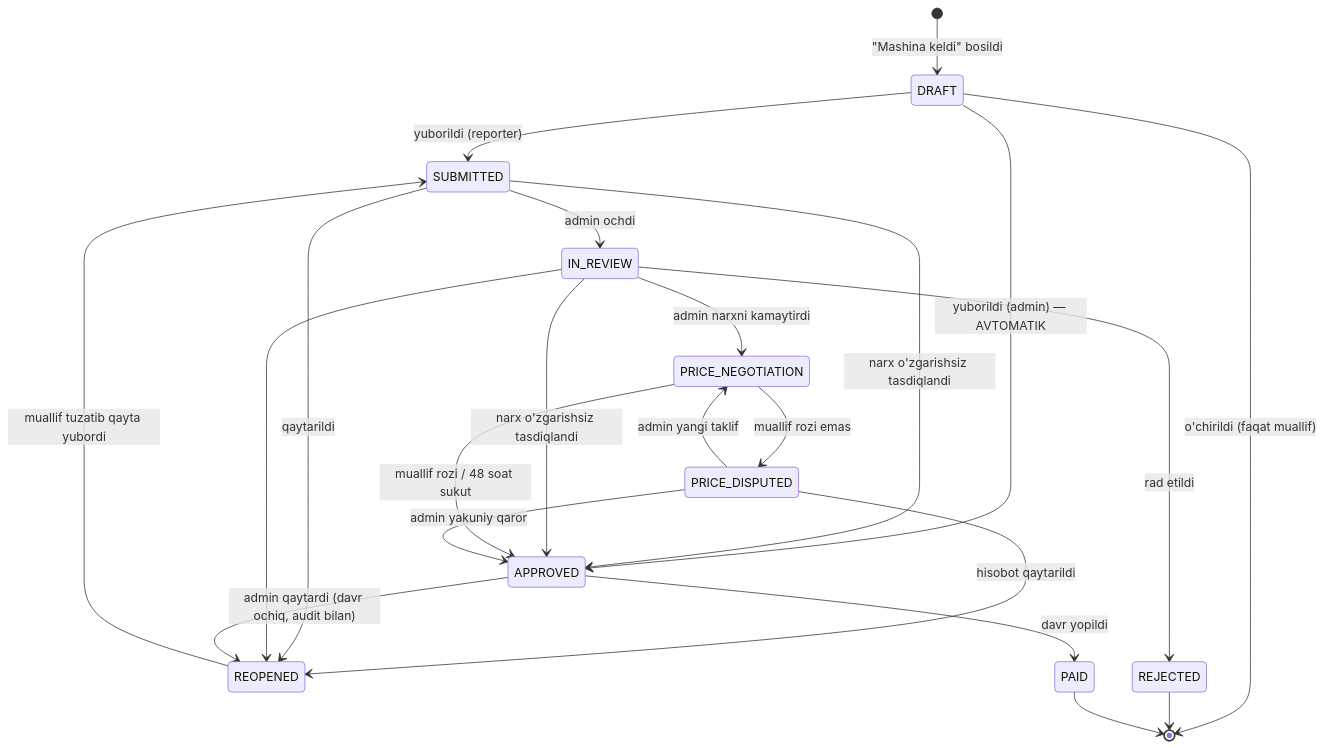
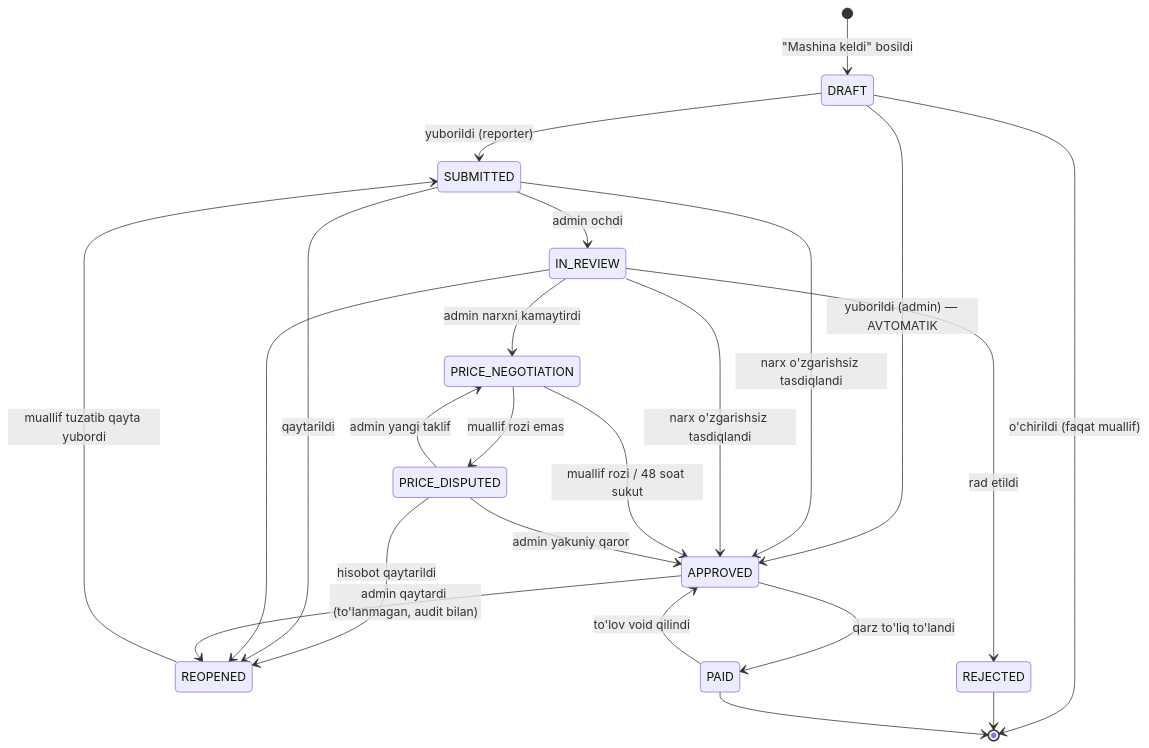
Before and after one commit to mcodevs/novacore_platform: the first of 5 diagrams in docs/02-architecture/05-state-machines.md, drawn with Mermaid. The commit also changed other lines of this file and 67 other files, not shown here.

First line of the commit message:
Qarz daftari: oy yopish o'rniga hisobot bo'yicha to'lov

````diff
--- a/docs/02-architecture/05-state-machines.md
+++ b/docs/02-architecture/05-state-machines.md
@@ -11,24 +11,25 @@
 ```mermaid
 stateDiagram-v2
     [*] --> DRAFT: "Mashina keldi" bosildi
     DRAFT --> SUBMITTED: yuborildi (reporter)
     DRAFT --> APPROVED: yuborildi (admin) — AVTOMATIK
     DRAFT --> [*]: o'chirildi (faqat muallif)
     SUBMITTED --> IN_REVIEW: admin ochdi
     SUBMITTED --> APPROVED: narx o'zgarishsiz tasdiqlandi
     IN_REVIEW --> APPROVED: narx o'zgarishsiz tasdiqlandi
     IN_REVIEW --> PRICE_NEGOTIATION: admin narxni kamaytirdi
     PRICE_NEGOTIATION --> APPROVED: muallif rozi / 48 soat sukut
     PRICE_NEGOTIATION --> PRICE_DISPUTED: muallif rozi emas
     PRICE_DISPUTED --> PRICE_NEGOTIATION: admin yangi taklif
     PRICE_DISPUTED --> APPROVED: admin yakuniy qaror
     PRICE_DISPUTED --> REOPENED: hisobot qaytarildi
     SUBMITTED --> REOPENED: qaytarildi
     IN_REVIEW --> REOPENED
     IN_REVIEW --> REJECTED: rad etildi
     REOPENED --> SUBMITTED: muallif tuzatib qayta yubordi
-    APPROVED --> PAID: davr yopildi
-    APPROVED --> REOPENED: admin qaytardi (davr ochiq, audit bilan)
+    APPROVED --> PAID: qarz to'liq to'landi
+    PAID --> APPROVED: to'lov void qilindi
+    APPROVED --> REOPENED: admin qaytardi (to'lanmagan, audit bilan)
     REJECTED --> [*]
     PAID --> [*]
 ```
````
